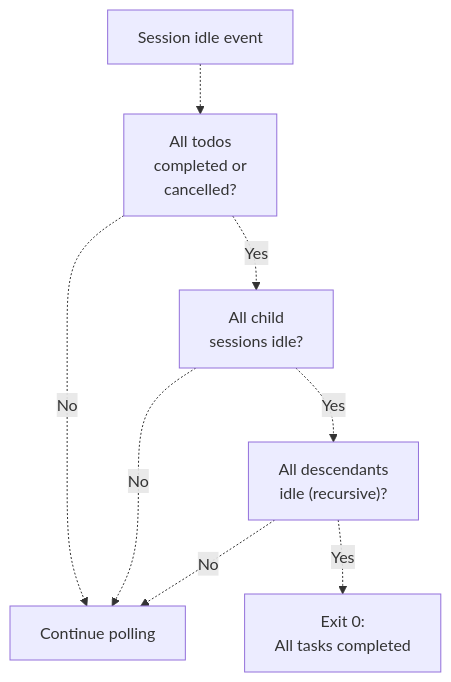
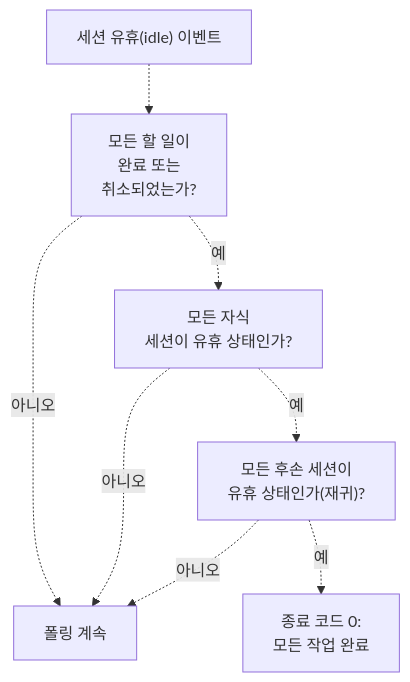
Before and after one commit to felipetruman/oh-my-opencode-docs: the ninth of 10 diagrams in docs/agents/github-workflow-integration.md, drawn with Mermaid. The commit also changed other lines of this file and 76 other files, not shown here.

````diff
--- a/docs/agents/github-workflow-integration.md
+++ b/docs/agents/github-workflow-integration.md
@@ -491,18 +491,18 @@
 ```mermaid
 flowchart TD
 
-Start["Session idle event"]
-CheckTodos["All todos<br>completed or<br>cancelled?"]
-CheckChildren["All child<br>sessions idle?"]
-CheckGrandchildren["All descendants<br>idle (recursive)?"]
-Complete["Exit 0:<br>All tasks completed"]
-Wait["Continue polling"]
+Start["세션 유휴(idle) 이벤트"]
+CheckTodos["모든 할 일이<br>완료 또는<br>취소되었는가?"]
+CheckChildren["모든 자식<br>세션이 유휴 상태인가?"]
+CheckGrandchildren["모든 후손 세션이<br>유휴 상태인가(재귀)?"]
+Complete["종료 코드 0:<br>모든 작업 완료"]
+Wait["폴링 계속"]
 
 Start -.-> CheckTodos
-CheckTodos -.->|"No"| Wait
-CheckTodos -.->|"Yes"| CheckChildren
-CheckChildren -.->|"No"| Wait
-CheckChildren -.->|"Yes"| CheckGrandchildren
-CheckGrandchildren -.->|"No"| Wait
-CheckGrandchildren -.->|"Yes"| Complete
+CheckTodos -.->|"아니오"| Wait
+CheckTodos -.->|"예"| CheckChildren
+CheckChildren -.->|"아니오"| Wait
+CheckChildren -.->|"예"| CheckGrandchildren
+CheckGrandchildren -.->|"아니오"| Wait
+CheckGrandchildren -.->|"예"| Complete
 ```
````
